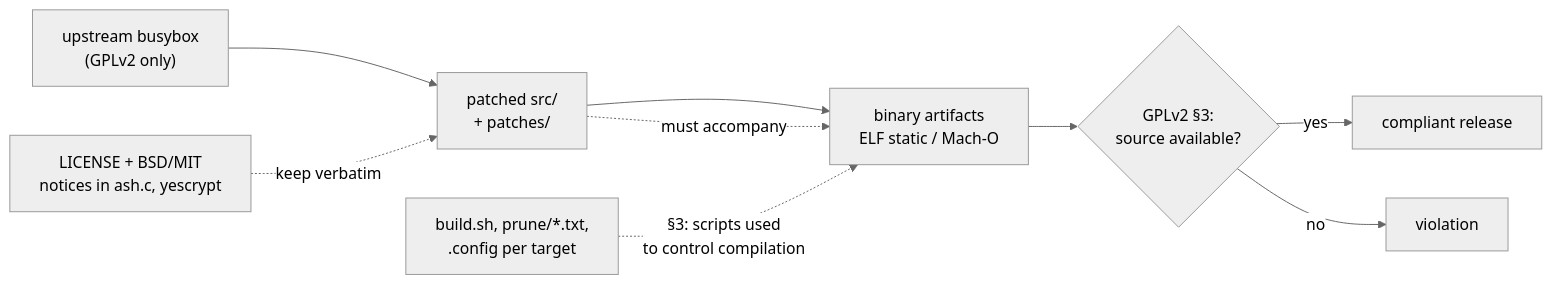
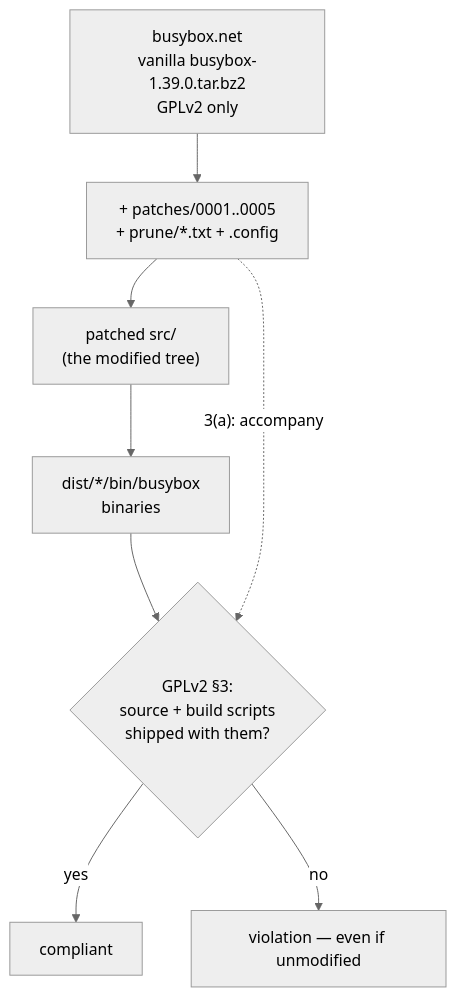
The diagram in docs/rules/publishing-these-binaries-requires-gplv2-source-scripts-busybox.md (rob-c/busybox-static), drawn with Mermaid (neutral theme) before and after one commit. The commit also changed other lines of this file and 57 other files, not shown here.

````diff
--- a/docs/rules/publishing-these-binaries-requires-gplv2-source-scripts-busybox.md
+++ b/docs/rules/publishing-these-binaries-requires-gplv2-source-scripts-busybox.md
@@ -13,11 +11,10 @@
 ```mermaid
-flowchart LR
-    A["upstream busybox<br/>(GPLv2 only)"] --> B["patched src/<br/>+ patches/"]
-    B --> C["binary artifacts<br/>ELF static / Mach-O"]
-    C --> D{"GPLv2 §3:<br/>source available?"}
-    D -->|yes| E["compliant release"]
-    D -->|no| F["violation"]
-    B -.->|"must accompany"| C
-    G["build.sh, prune/*.txt,<br/>.config per target"] -.->|"§3: scripts used<br/>to control compilation"| C
-    H["LICENSE + BSD/MIT<br/>notices in ash.c, yescrypt"] -.->|"keep verbatim"| B
+flowchart TD
+    A["busybox.net<br/>vanilla busybox-1.39.0.tar.bz2<br/>GPLv2 only"] --> B["+ patches/0001..0005<br/>+ prune/*.txt + .config"]
+    B --> C["patched src/<br/>(the modified tree)"]
+    C --> D["dist/*/bin/busybox<br/>binaries"]
+    D --> E{"GPLv2 §3:<br/>source + build scripts<br/>shipped with them?"}
+    B -. "3(a): accompany" .-> E
+    E -->|yes| F["compliant"]
+    E -->|no| G["violation — even if unmodified"]
 ```
````
